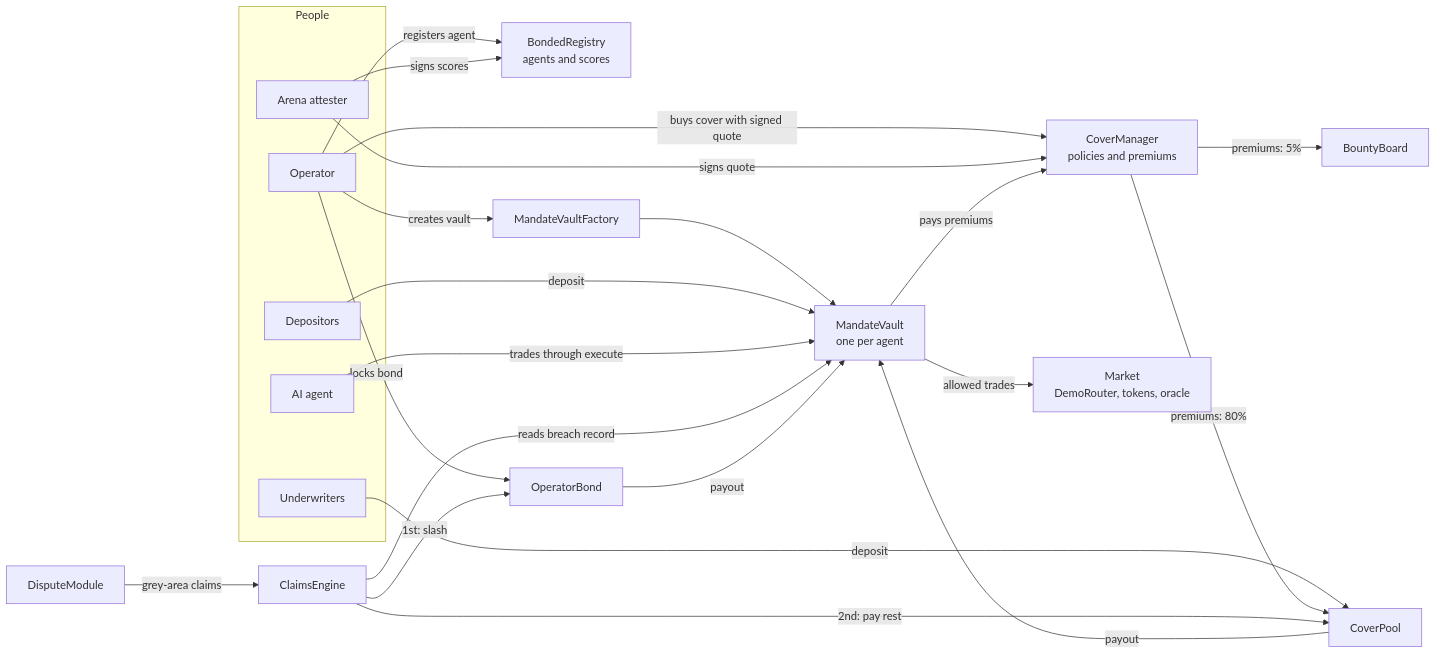
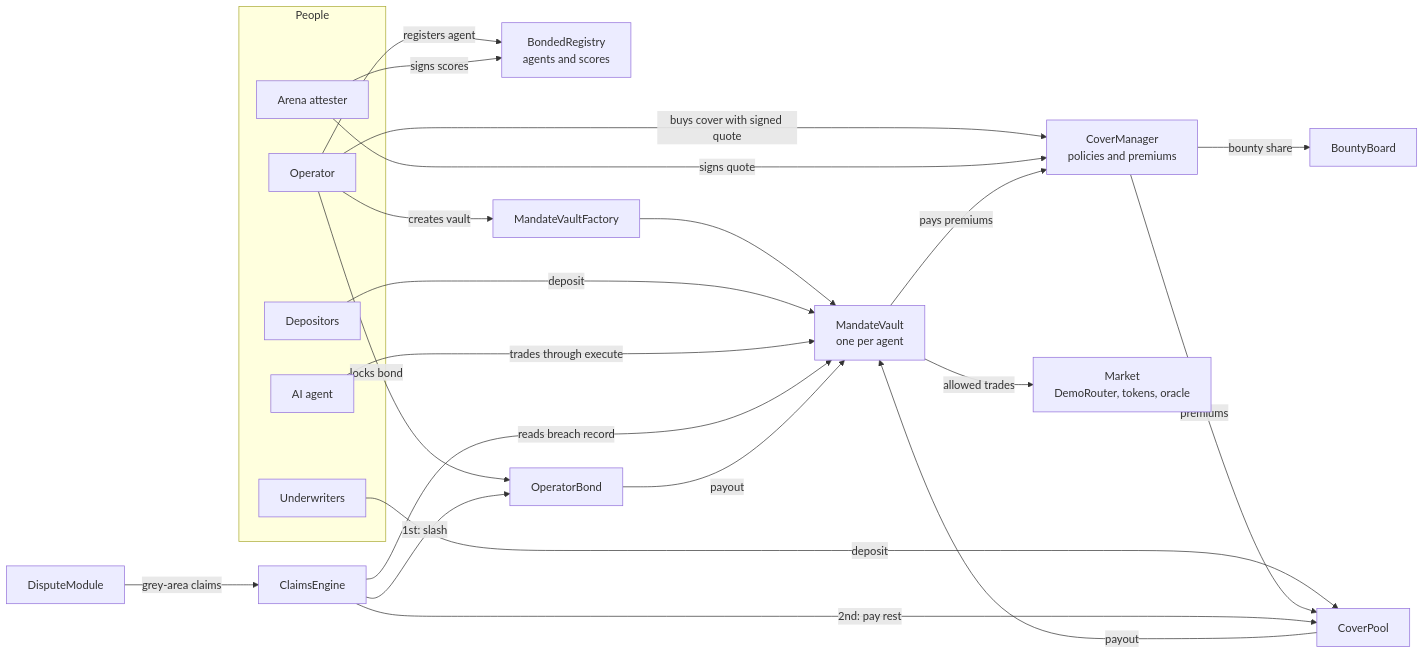
One commit to Rohank143/bonded changed the diagram in contracts/evm/README.md. Above: the diagram before and after it, drawn with Mermaid. The commit also changed other lines of this file and 115 other files, not shown here.

````diff
--- a/contracts/evm/README.md
+++ b/contracts/evm/README.md
@@ -45,41 +45,41 @@
 ```mermaid
 flowchart LR
     subgraph People
         OP[Operator]
         AG[AI agent]
         DEP[Depositors]
         UW[Underwriters]
         AR[Arena attester]
     end
 
     REG[BondedRegistry<br/>agents and scores]
     FAC[MandateVaultFactory]
     V[MandateVault<br/>one per agent]
     BOND[OperatorBond]
     POOL[CoverPool]
     CM[CoverManager<br/>policies and premiums]
     CE[ClaimsEngine]
     DM[DisputeModule]
     BB[BountyBoard]
     MKT[Market<br/>DemoRouter, tokens, oracle]
 
     OP -- registers agent --> REG
     OP -- creates vault --> FAC --> V
     OP -- locks bond --> BOND
     OP -- buys cover with signed quote --> CM
     AR -- signs scores --> REG
     AR -- signs quote --> CM
     DEP -- deposit --> V
     UW -- deposit --> POOL
     AG -- trades through execute --> V
     V -- allowed trades --> MKT
-    CM -- premiums: 80% --> POOL
-    CM -- premiums: 5% --> BB
+    CM -- premiums --> POOL
+    CM -- bounty share --> BB
     V -- pays premiums --> CM
     CE -- reads breach record --> V
     CE -- 1st: slash --> BOND
     CE -- 2nd: pay rest --> POOL
     BOND -- payout --> V
     POOL -- payout --> V
     DM -- grey-area claims --> CE
 ```
````
